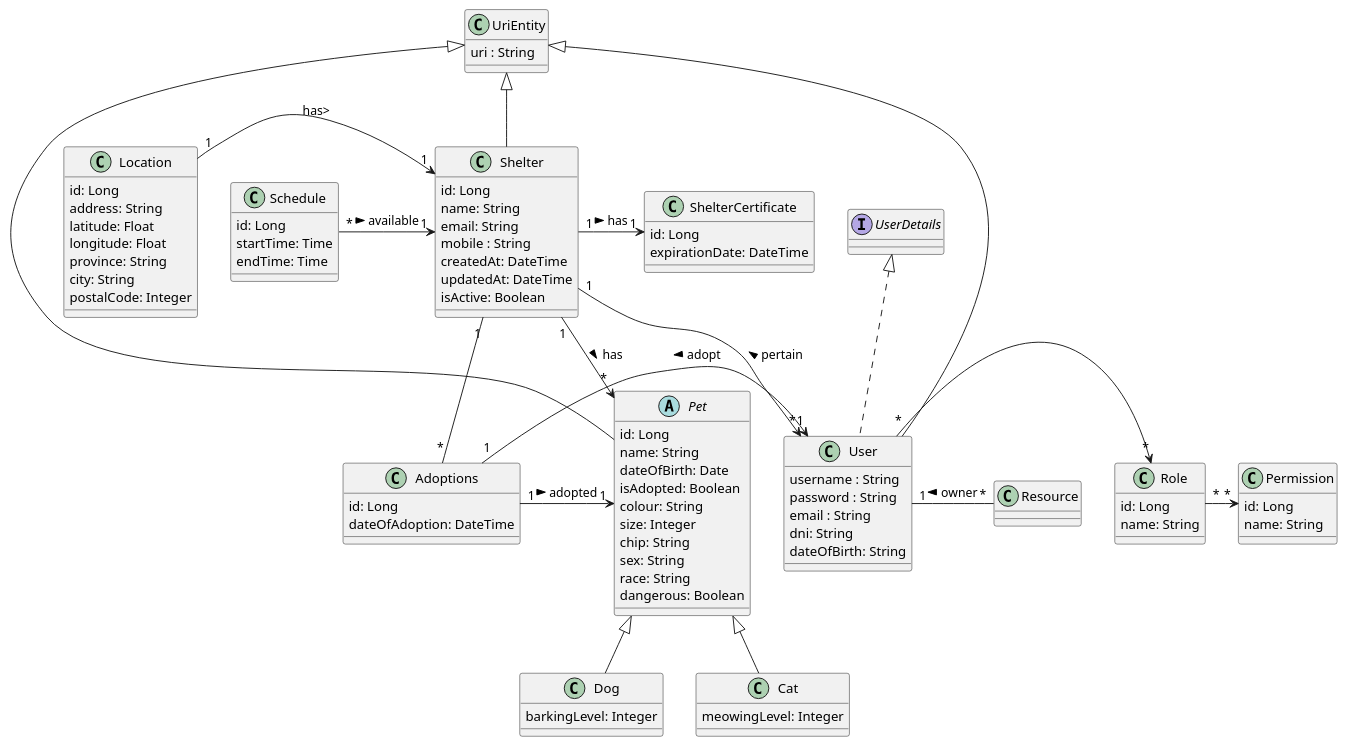
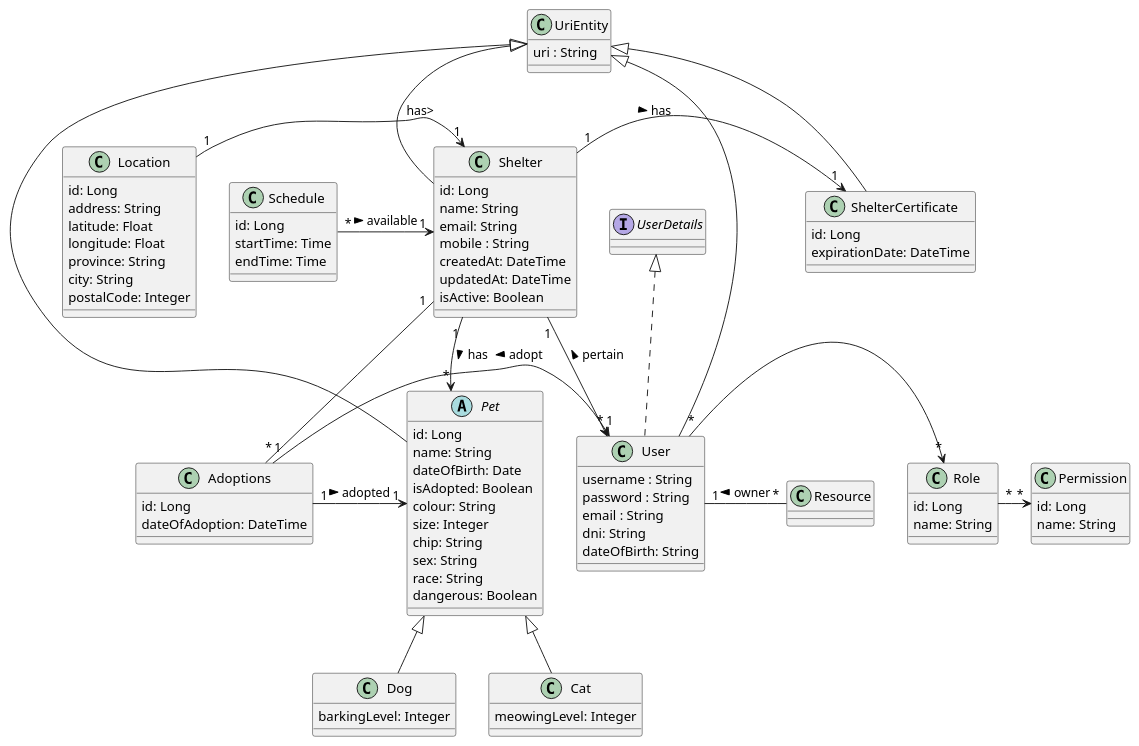
Before and after one commit to UdL-EPS-SoftArch/mypets-geiade-api: the diagram in EntitiesModel.puml, drawn with PlantUML. The commit also changed 2 other files, not shown here.

Commit message:
remove setId for ShelterCertificate

```diff
--- a/EntitiesModel.puml
+++ b/EntitiesModel.puml
@@ -1,95 +1,95 @@
 @startuml
 class User extends UriEntity implements UserDetails {
   username : String
   password : String
   email : String
   dni: String
   dateOfBirth: String
 }
 
 
 class UriEntity {
   uri : String
 }
 abstract class Pet extends UriEntity {
   id: Long
   name: String
   dateOfBirth: Date
   isAdopted: Boolean
   colour: String
   size: Integer
   chip: String
   sex: String
   race: String
   dangerous: Boolean
 }
 class Dog extends Pet {
     barkingLevel: Integer
 }
 
 class Cat extends Pet {
     meowingLevel: Integer
 }
 
 class Shelter extends UriEntity {
   id: Long
   name: String
   email: String
   mobile : String
   createdAt: DateTime
   updatedAt: DateTime
   isActive: Boolean
 }
 
 class Location {
  id: Long
  address: String
  latitude: Float
  longitude: Float
  province: String
  city: String
  postalCode: Integer
 }
 
-class ShelterCertificate {
+class ShelterCertificate extends UriEntity {
   id: Long
   expirationDate: DateTime
 }
 
 class Schedule {
     id: Long
     startTime: Time
     endTime: Time
 }
 
 class Adoptions {
     id: Long
     dateOfAdoption: DateTime
 }
 
 class Role {
     id: Long
     name: String
 }
 
 class Permission {
     id: Long
     name: String
 }
 
 
 User "1" --right-- "*" Resource : owner <
 Location "1" -> "1" Shelter : has>
 Shelter "1" -> "*" User : < pertain
 Shelter "1" -> "*" Pet : has >
 Shelter "1" -> "1" ShelterCertificate : has >
 Shelter "1" -- "*" Adoptions
 Schedule "*" -> "1" Shelter :available >
 
 Adoptions "1" -> "1" Pet :adopted >
 Adoptions "1" -> "1" User :adopt <
 
 User "*" -> "*" Role
 Role "*" -> "*" Permission
 
 @enduml
```
